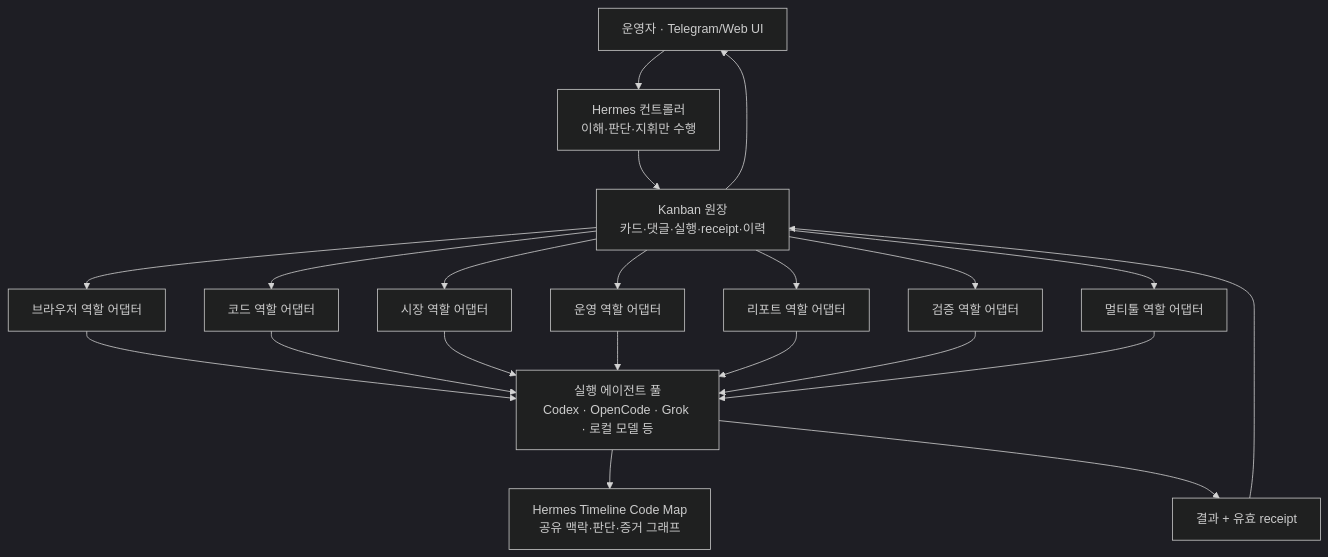
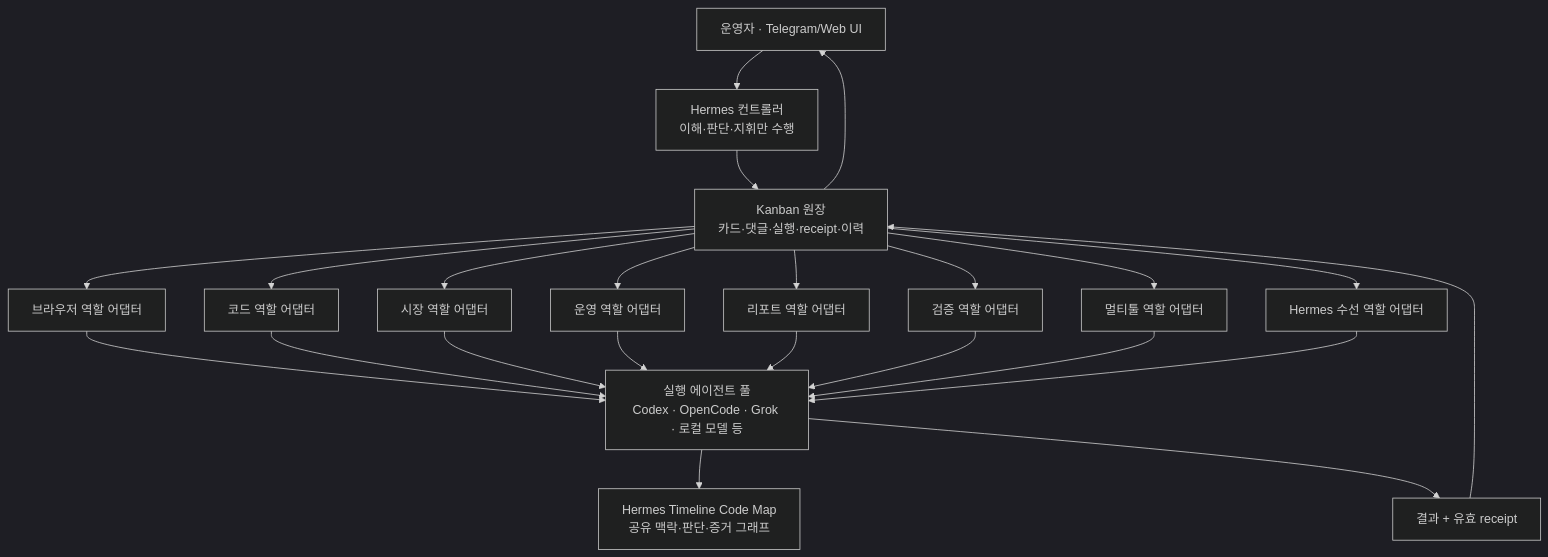
One commit to JUNJOONHWAN/HERMES-TEAM changed the first of 2 diagrams in docs/HERMES_SUPERVISOR_OPERATIONS_KO.md. Above: the diagram before and after it, drawn with Mermaid (dark theme). The commit also changed other lines of this file and 14 other files, not shown here.

````diff
--- a/docs/HERMES_SUPERVISOR_OPERATIONS_KO.md
+++ b/docs/HERMES_SUPERVISOR_OPERATIONS_KO.md
@@ -32,17 +32,18 @@
 ```mermaid
 flowchart TD
     U["운영자 · Telegram/Web UI"] --> H["Hermes 컨트롤러<br/>이해·판단·지휘만 수행"]
     H --> K["Kanban 원장<br/>카드·댓글·실행·receipt·이력"]
     K --> A1["브라우저 역할 어댑터"]
     K --> A2["코드 역할 어댑터"]
     K --> A3["시장 역할 어댑터"]
     K --> A4["운영 역할 어댑터"]
     K --> A5["리포트 역할 어댑터"]
     K --> A6["검증 역할 어댑터"]
     K --> A7["멀티툴 역할 어댑터"]
-    A1 & A2 & A3 & A4 & A5 & A6 & A7 --> E["실행 에이전트 풀<br/>Codex · OpenCode · Grok · 로컬 모델 등"]
+    K --> A8["Hermes 수선 역할 어댑터"]
+    A1 & A2 & A3 & A4 & A5 & A6 & A7 & A8 --> E["실행 에이전트 풀<br/>Codex · OpenCode · Grok · 로컬 모델 등"]
     E --> T["Hermes Timeline Code Map<br/>공유 맥락·판단·증거 그래프"]
     E --> R["결과 + 유효 receipt"]
     R --> K
     K --> U
 ```
````
